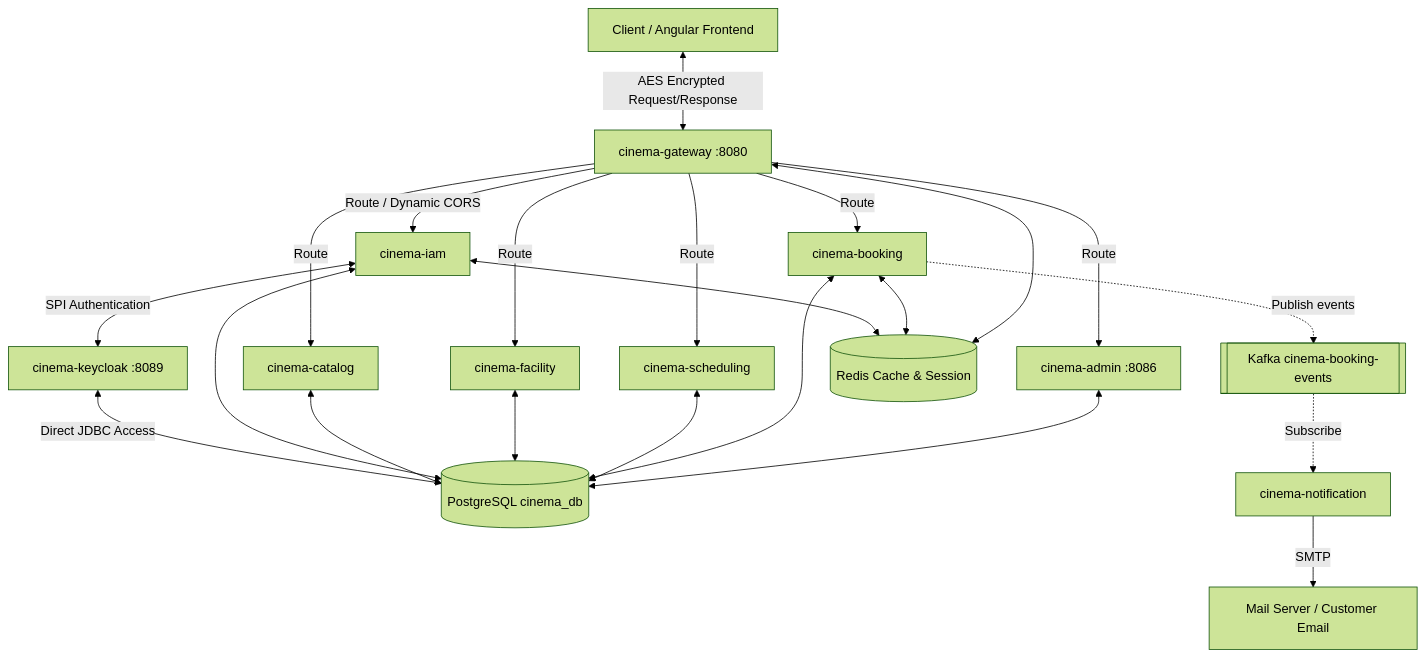
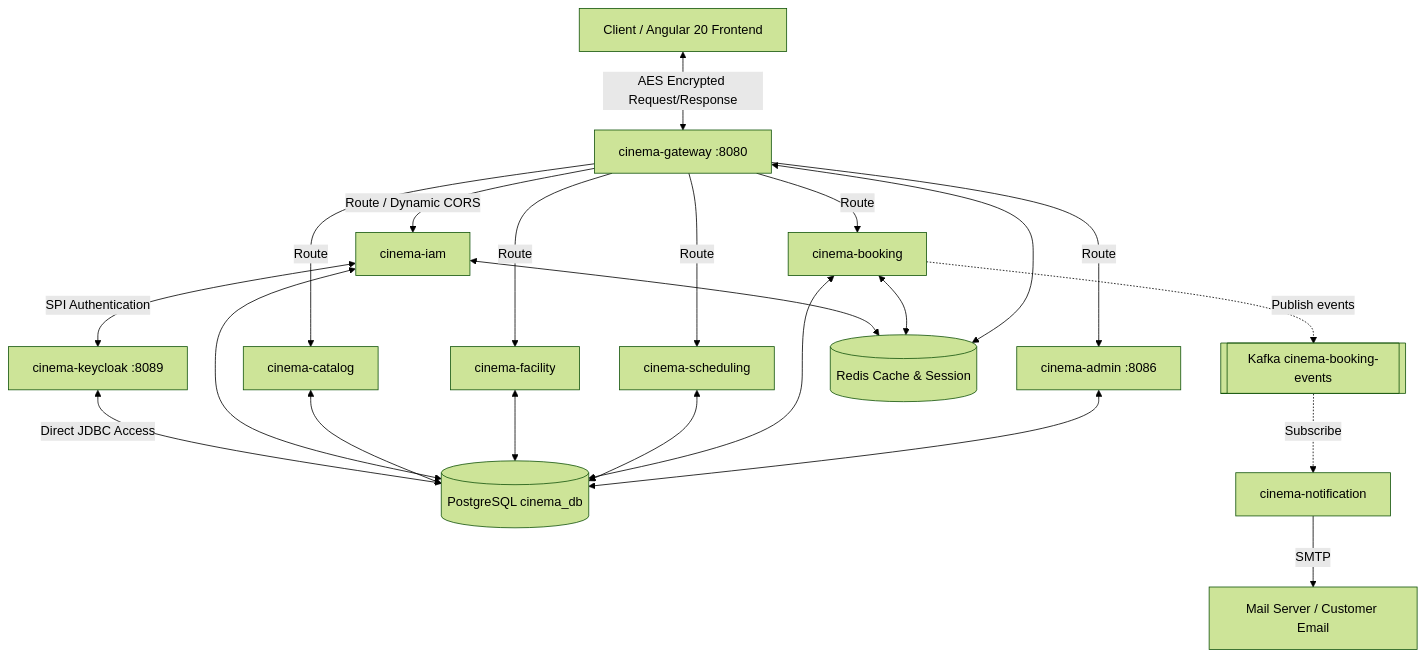
The first of 4 diagrams in PROJECT_OVERVIEW.md (FingTw/sys_cinemas), drawn with Mermaid (forest theme) before and after one commit. The commit also changed other lines of this file and 169 other files, not shown here.

````diff
--- a/PROJECT_OVERVIEW.md
+++ b/PROJECT_OVERVIEW.md
@@ -11,32 +13,32 @@
 ```mermaid
 flowchart TD
-    Client[Client / Angular Frontend] <-->|AES Encrypted Request/Response| GW[cinema-gateway :8080]
+    Client[Client / Angular 20 Frontend] <-->|AES Encrypted Request/Response| GW[cinema-gateway :8080]
     
     GW -->|Route / Dynamic CORS| IAM[cinema-iam]
     GW -->|Route| Catalog[cinema-catalog]
     GW -->|Route| Facility[cinema-facility]
     GW -->|Route| Scheduling[cinema-scheduling]
     GW -->|Route| Booking[cinema-booking]
     GW -->|Route| Admin[cinema-admin :8086]
     
     IAM <-->|SPI Authentication| Keycloak[cinema-keycloak :8089]
     Keycloak <-->|Direct JDBC Access| DB[(PostgreSQL cinema_db)]
     
     Booking -.->|Publish events| Kafka[[Kafka cinema-booking-events]]
     Kafka -.->|Subscribe| Notification[cinema-notification]
     
     Notification -->|SMTP| EmailService[Mail Server / Customer Email]
     
     %% Shared DB connections %%
     IAM <--> DB
     Catalog <--> DB
     Facility <--> DB
     Scheduling <--> DB
     Booking <--> DB
     Admin <--> DB
     
     %% Shared Redis connection %%
     IAM <--> Redis[(Redis Cache & Session)]
     Booking <--> Redis
     GW <--> Redis
 ```
````
